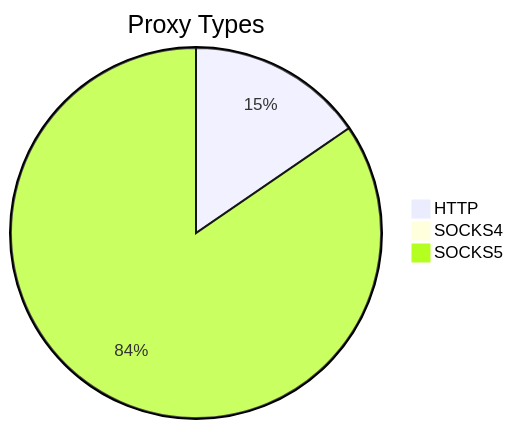
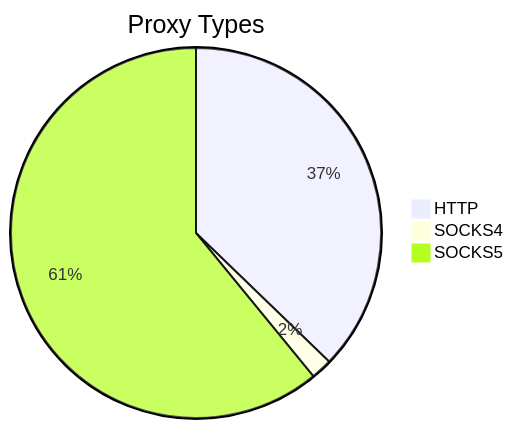
The first of 2 diagrams in README.md (stormsia/proxy-list), drawn with Mermaid before and after one commit. The commit also changed other lines of this file, not shown here.

````diff
--- a/README.md
+++ b/README.md
@@ -21,6 +21,6 @@
 ```mermaid
 pie title Proxy Types
-    "HTTP" : 228
-    "SOCKS4" : 9
-    "SOCKS5" : 1249
+    "HTTP" : 1046
+    "SOCKS4" : 52
+    "SOCKS5" : 1712
 ```
````
